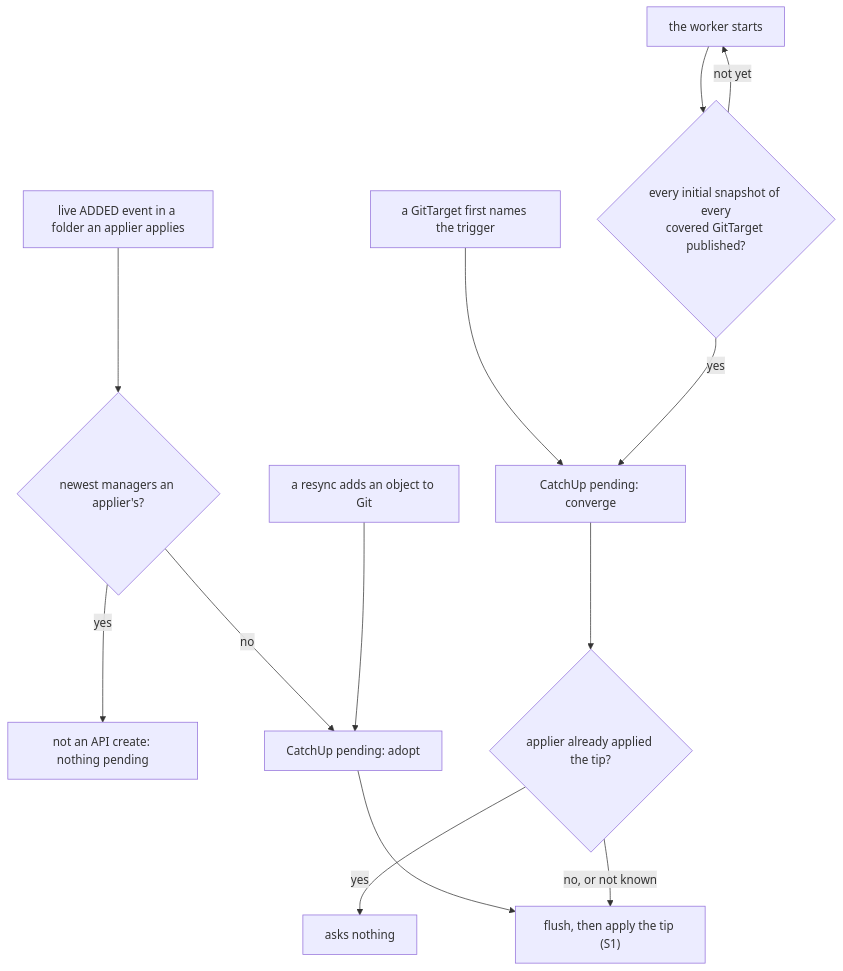
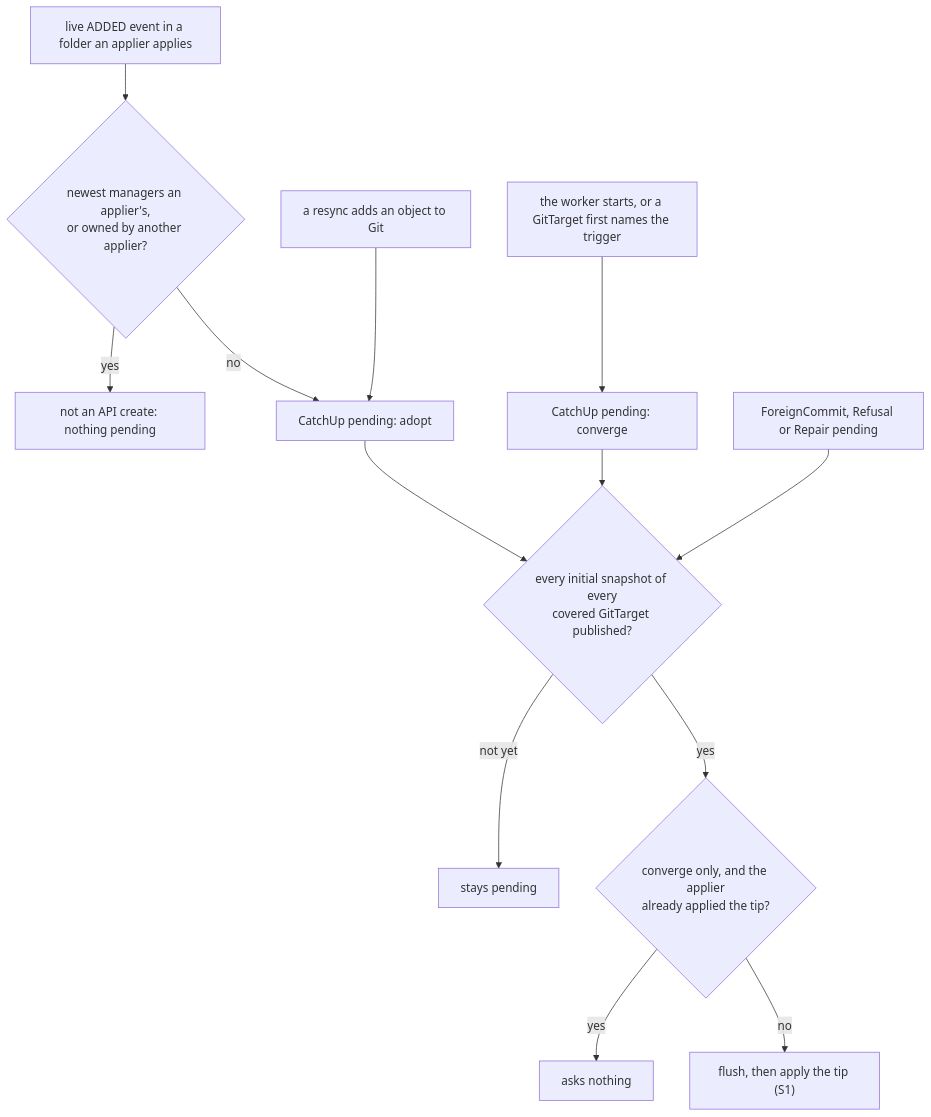
The sixth of 6 diagrams in docs/design/applier-echoes.md (ConfigButler/gitops-reverser), drawn with Mermaid before and after one commit. The commit also changed other lines of this file and 1 other file, not shown here.

````diff
--- a/docs/design/applier-echoes.md
+++ b/docs/design/applier-echoes.md
@@ -343,15 +386,15 @@
 ```mermaid
 flowchart TD
-    L["live ADDED event in a folder an applier applies"] --> W{"newest managers an applier's?"}
+    L["live ADDED event in a folder an applier applies"] --> W{"newest managers an applier's,<br/>or owned by another applier?"}
     W -- yes --> X["not an API create: nothing pending"]
     W -- no --> AD["CatchUp pending: adopt"]
     R["a resync adds an object to Git"] --> AD
-    N["a GitTarget first names the trigger"] --> CV["CatchUp pending: converge"]
-    S["the worker starts"] --> B{"every initial snapshot of every<br/>covered GitTarget published?"}
-    B -- not yet --> S
-    B -- yes --> CV
-    AD --> F["flush, then apply the tip (S1)"]
-    CV --> D{"applier already applied the tip?"}
-    D -- yes --> NO["asks nothing"]
-    D -- "no, or not known" --> F
+    N["the worker starts, or a GitTarget first names the trigger"] --> CV["CatchUp pending: converge"]
+    AD --> B{"every initial snapshot of every<br/>covered GitTarget published?"}
+    CV --> B
+    O["ForeignCommit, Refusal or Repair pending"] --> B
+    B -- not yet --> P["stays pending"]
+    B -- yes --> K{"converge only, and the applier<br/>already applied the tip?"}
+    K -- yes --> NO["asks nothing"]
+    K -- no --> F["flush, then apply the tip (S1)"]
 ```
````
